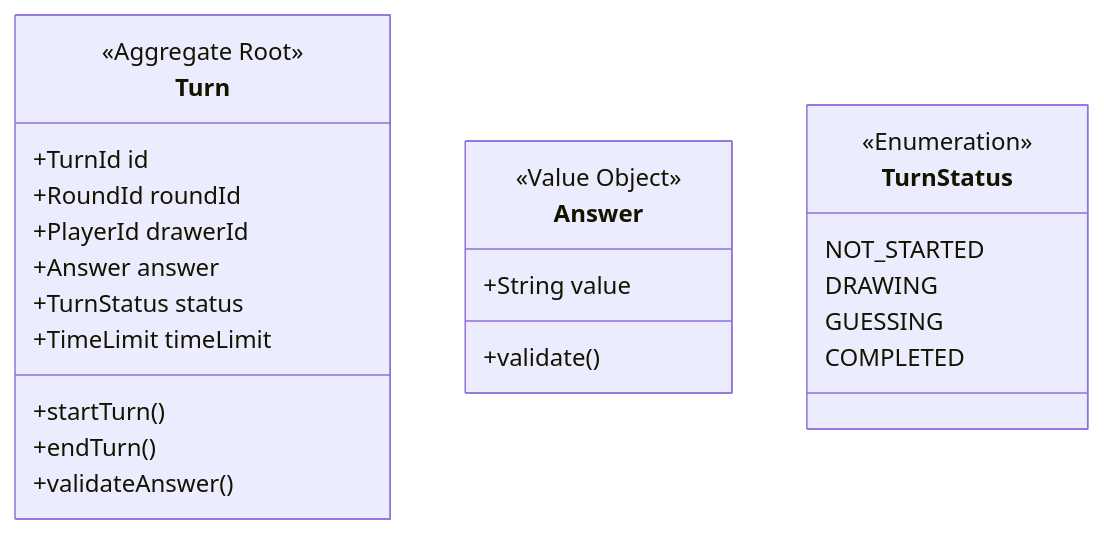
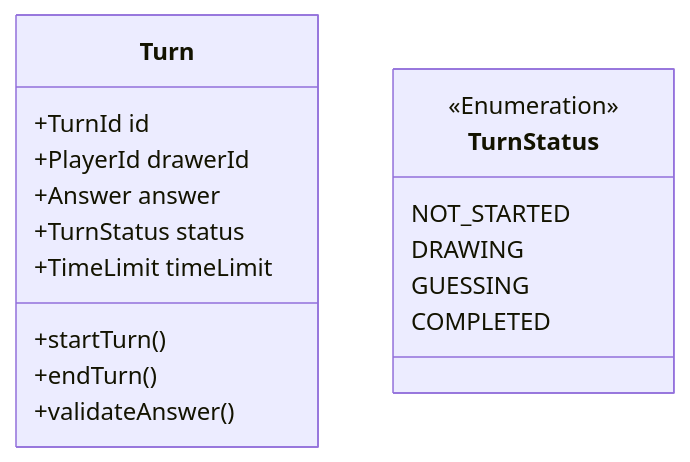
Before and after one commit to otonowa-naka/esiritori: the fourth of 7 diagrams in design/domain-model.md, drawn with Mermaid. The commit also changed other lines of this file and 2 other files, not shown here.

````diff
--- a/design/domain-model.md
+++ b/design/domain-model.md
@@ -232,29 +179,21 @@
 ```mermaid
 classDiagram
     class Turn {
-        <<Aggregate Root>>
         +TurnId id
-        +RoundId roundId
         +PlayerId drawerId
         +Answer answer
         +TurnStatus status
         +TimeLimit timeLimit
         +startTurn()
         +endTurn()
         +validateAnswer()
-    }
-
-    class Answer {
-        <<Value Object>>
-        +String value
-        +validate()
     }
 
     class TurnStatus {
         <<Enumeration>>
         NOT_STARTED
         DRAWING
         GUESSING
         COMPLETED
     }
 ```
````
